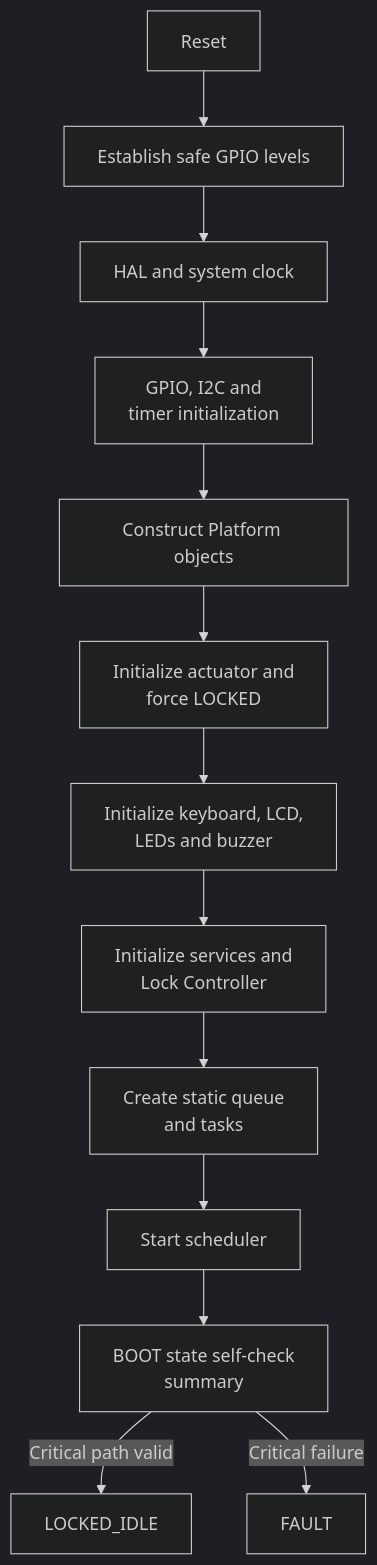
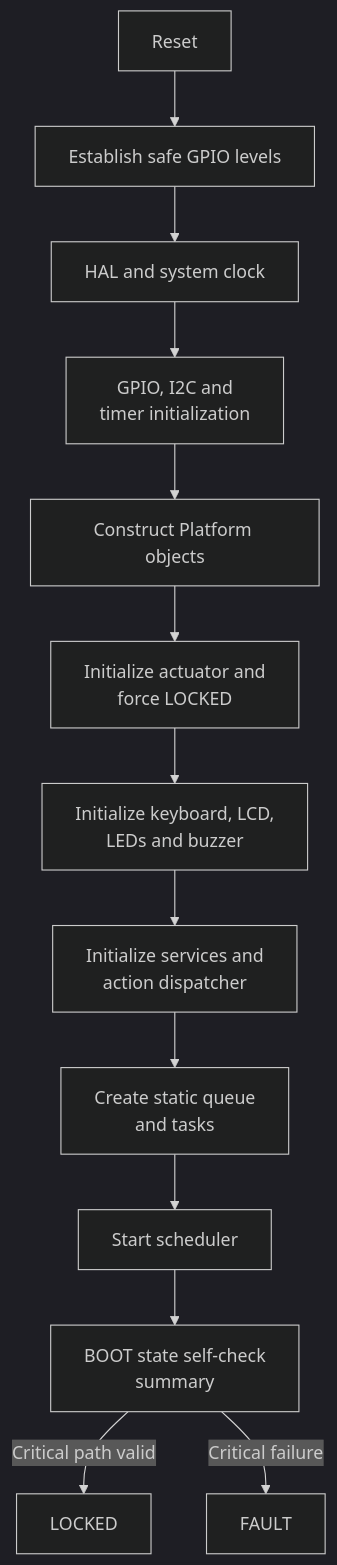
One commit to JP-REY/STM32F103C8T6-Based-Electronic-Lock changed diagram 13 of 16 in README.md. Above: the diagram before and after it, drawn with Mermaid (dark theme). The commit also changed other lines of this file and 8 other files, not shown here.

````diff
--- a/README.md
+++ b/README.md
@@ -1314,15 +1368,15 @@
 ```mermaid
 flowchart TD
     Reset["Reset"] --> SafeGPIO["Establish safe GPIO levels"]
     SafeGPIO --> HAL["HAL and system clock"]
     HAL --> Peripherals["GPIO, I2C and<br/> timer initialization"]
     Peripherals --> Platform["Construct Platform objects"]
     Platform --> Actuator["Initialize actuator and<br/> force LOCKED"]
     Actuator --> Components["Initialize keyboard, LCD,<br/> LEDs and buzzer"]
-    Components --> Services["Initialize services and<br/> Lock Controller"]
+    Components --> Services["Initialize services and<br/> action dispatcher"]
     Services --> RTOS["Create static queue<br/> and tasks"]
     RTOS --> Scheduler["Start scheduler"]
     Scheduler --> Boot["BOOT state self-check<br/> summary"]
-    Boot -->|Critical path valid| Locked["LOCKED_IDLE"]
+    Boot -->|Critical path valid| Locked["LOCKED"]
     Boot -->|Critical failure| Fault["FAULT"]
 ```
````
